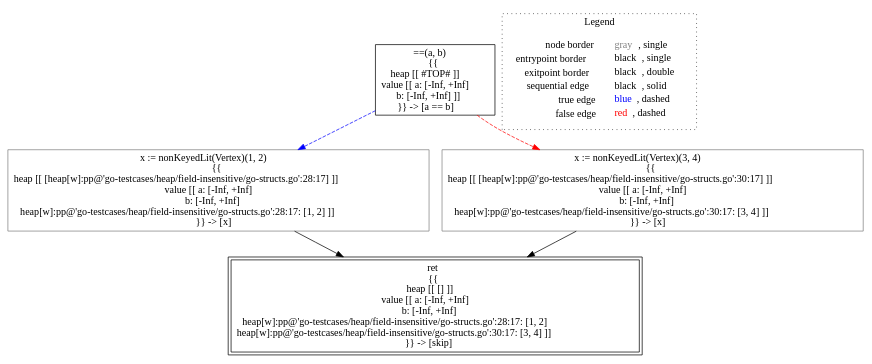
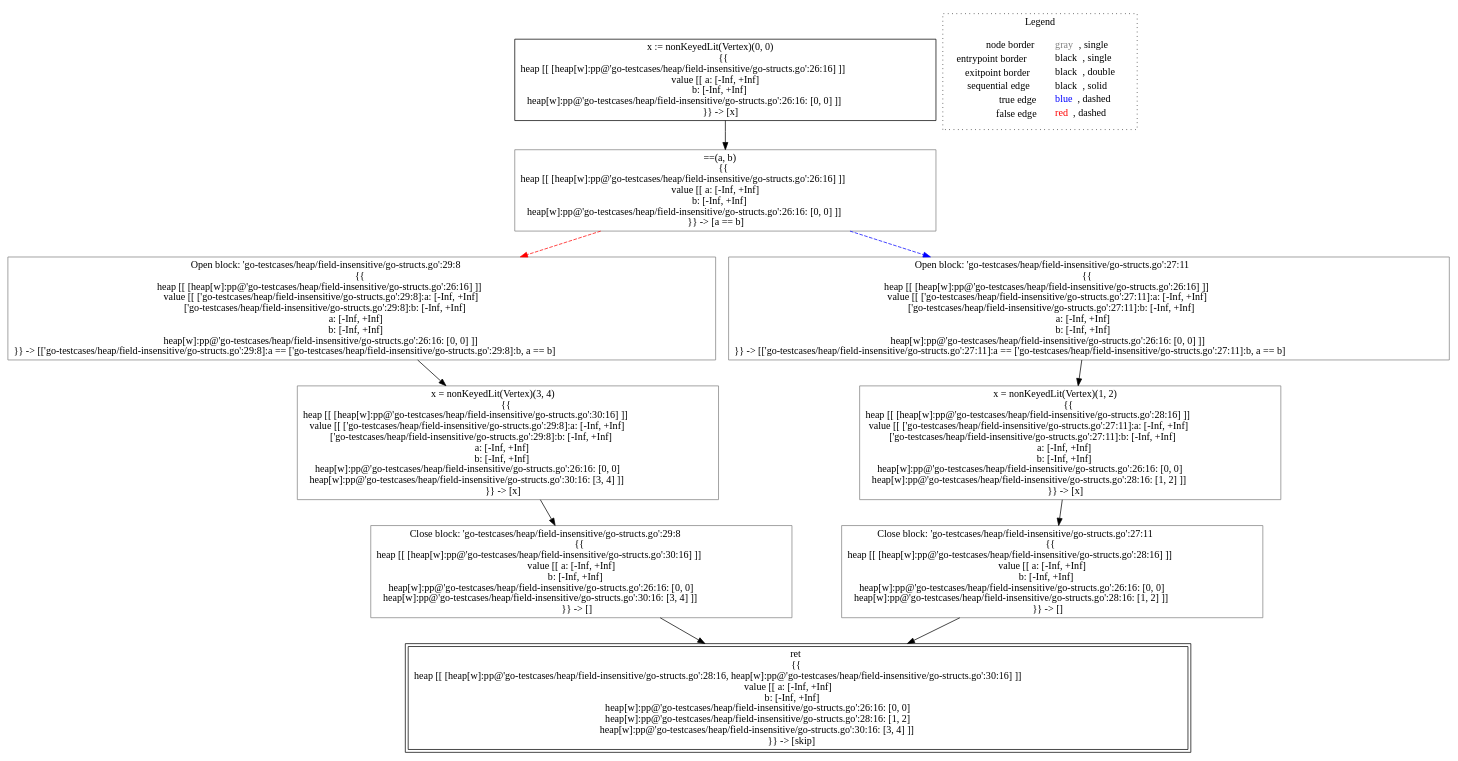
The diagram in go-lisa/go-testcases/heap/field-insensitive/analysis___untyped_~LiSAProgram.ifAlloc(int_a,_int_b).dot (lisa-analyzer/go-lisa), drawn with Graphviz before and after one commit. The commit also changed 69 other files, not shown here.

```diff
--- a/go-lisa/go-testcases/heap/field-insensitive/analysis___untyped_~LiSAProgram.ifAlloc(int_a,_int_b).dot
+++ b/go-lisa/go-testcases/heap/field-insensitive/analysis___untyped_~LiSAProgram.ifAlloc(int_a,_int_b).dot
@@ -1,17 +1,27 @@
 digraph {
-	"node0" [shape="rect",color="black",label=<==(a, b)<BR/>{{<BR/>heap [[ #TOP# ]]<BR/>value [[ a: [-Inf, +Inf]<BR/>b: [-Inf, +Inf] ]]<BR/>}} -&gt; [a == b]>];
-	"node1" [shape="rect",color="gray",label=<x := nonKeyedLit(Vertex)(1, 2)<BR/>{{<BR/>heap [[ [heap[w]:pp@'go-testcases/heap/field-insensitive/go-structs.go':28:17] ]]<BR/>value [[ a: [-Inf, +Inf]<BR/>b: [-Inf, +Inf]<BR/>heap[w]:pp@'go-testcases/heap/field-insensitive/go-structs.go':28:17: [1, 2] ]]<BR/>}} -&gt; [x]>];
-	"node2" [shape="rect",color="black",peripheries="2",label=<ret<BR/>{{<BR/>heap [[ [] ]]<BR/>value [[ a: [-Inf, +Inf]<BR/>b: [-Inf, +Inf]<BR/>heap[w]:pp@'go-testcases/heap/field-insensitive/go-structs.go':28:17: [1, 2]<BR/>heap[w]:pp@'go-testcases/heap/field-insensitive/go-structs.go':30:17: [3, 4] ]]<BR/>}} -&gt; [skip]>];
-	"node3" [shape="rect",color="gray",label=<x := nonKeyedLit(Vertex)(3, 4)<BR/>{{<BR/>heap [[ [heap[w]:pp@'go-testcases/heap/field-insensitive/go-structs.go':30:17] ]]<BR/>value [[ a: [-Inf, +Inf]<BR/>b: [-Inf, +Inf]<BR/>heap[w]:pp@'go-testcases/heap/field-insensitive/go-structs.go':30:17: [3, 4] ]]<BR/>}} -&gt; [x]>];
-	"node1" -> "node2" [color="black"];
-	"node0" -> "node1" [color="blue",style="dashed"];
-	"node0" -> "node3" [color="red",style="dashed"];
+	"node0" [shape="rect",color="black",label=<x := nonKeyedLit(Vertex)(0, 0)<BR/>{{<BR/>heap [[ [heap[w]:pp@'go-testcases/heap/field-insensitive/go-structs.go':26:16] ]]<BR/>value [[ a: [-Inf, +Inf]<BR/>b: [-Inf, +Inf]<BR/>heap[w]:pp@'go-testcases/heap/field-insensitive/go-structs.go':26:16: [0, 0] ]]<BR/>}} -&gt; [x]>];
+	"node1" [shape="rect",color="gray",label=<x = nonKeyedLit(Vertex)(1, 2)<BR/>{{<BR/>heap [[ [heap[w]:pp@'go-testcases/heap/field-insensitive/go-structs.go':28:16] ]]<BR/>value [[ ['go-testcases/heap/field-insensitive/go-structs.go':27:11]:a: [-Inf, +Inf]<BR/>['go-testcases/heap/field-insensitive/go-structs.go':27:11]:b: [-Inf, +Inf]<BR/>a: [-Inf, +Inf]<BR/>b: [-Inf, +Inf]<BR/>heap[w]:pp@'go-testcases/heap/field-insensitive/go-structs.go':26:16: [0, 0]<BR/>heap[w]:pp@'go-testcases/heap/field-insensitive/go-structs.go':28:16: [1, 2] ]]<BR/>}} -&gt; [x]>];
+	"node2" [shape="rect",color="gray",label=<x = nonKeyedLit(Vertex)(3, 4)<BR/>{{<BR/>heap [[ [heap[w]:pp@'go-testcases/heap/field-insensitive/go-structs.go':30:16] ]]<BR/>value [[ ['go-testcases/heap/field-insensitive/go-structs.go':29:8]:a: [-Inf, +Inf]<BR/>['go-testcases/heap/field-insensitive/go-structs.go':29:8]:b: [-Inf, +Inf]<BR/>a: [-Inf, +Inf]<BR/>b: [-Inf, +Inf]<BR/>heap[w]:pp@'go-testcases/heap/field-insensitive/go-structs.go':26:16: [0, 0]<BR/>heap[w]:pp@'go-testcases/heap/field-insensitive/go-structs.go':30:16: [3, 4] ]]<BR/>}} -&gt; [x]>];
+	"node3" [shape="rect",color="gray",label=<Open block: 'go-testcases/heap/field-insensitive/go-structs.go':29:8<BR/>{{<BR/>heap [[ [heap[w]:pp@'go-testcases/heap/field-insensitive/go-structs.go':26:16] ]]<BR/>value [[ ['go-testcases/heap/field-insensitive/go-structs.go':29:8]:a: [-Inf, +Inf]<BR/>['go-testcases/heap/field-insensitive/go-structs.go':29:8]:b: [-Inf, +Inf]<BR/>a: [-Inf, +Inf]<BR/>b: [-Inf, +Inf]<BR/>heap[w]:pp@'go-testcases/heap/field-insensitive/go-structs.go':26:16: [0, 0] ]]<BR/>}} -&gt; [['go-testcases/heap/field-insensitive/go-structs.go':29:8]:a == ['go-testcases/heap/field-insensitive/go-structs.go':29:8]:b, a == b]>];
+	"node4" [shape="rect",color="black",peripheries="2",label=<ret<BR/>{{<BR/>heap [[ [heap[w]:pp@'go-testcases/heap/field-insensitive/go-structs.go':28:16, heap[w]:pp@'go-testcases/heap/field-insensitive/go-structs.go':30:16] ]]<BR/>value [[ a: [-Inf, +Inf]<BR/>b: [-Inf, +Inf]<BR/>heap[w]:pp@'go-testcases/heap/field-insensitive/go-structs.go':26:16: [0, 0]<BR/>heap[w]:pp@'go-testcases/heap/field-insensitive/go-structs.go':28:16: [1, 2]<BR/>heap[w]:pp@'go-testcases/heap/field-insensitive/go-structs.go':30:16: [3, 4] ]]<BR/>}} -&gt; [skip]>];
+	"node5" [shape="rect",color="gray",label=<Open block: 'go-testcases/heap/field-insensitive/go-structs.go':27:11<BR/>{{<BR/>heap [[ [heap[w]:pp@'go-testcases/heap/field-insensitive/go-structs.go':26:16] ]]<BR/>value [[ ['go-testcases/heap/field-insensitive/go-structs.go':27:11]:a: [-Inf, +Inf]<BR/>['go-testcases/heap/field-insensitive/go-structs.go':27:11]:b: [-Inf, +Inf]<BR/>a: [-Inf, +Inf]<BR/>b: [-Inf, +Inf]<BR/>heap[w]:pp@'go-testcases/heap/field-insensitive/go-structs.go':26:16: [0, 0] ]]<BR/>}} -&gt; [['go-testcases/heap/field-insensitive/go-structs.go':27:11]:a == ['go-testcases/heap/field-insensitive/go-structs.go':27:11]:b, a == b]>];
+	"node6" [shape="rect",color="gray",label=<Close block: 'go-testcases/heap/field-insensitive/go-structs.go':29:8<BR/>{{<BR/>heap [[ [heap[w]:pp@'go-testcases/heap/field-insensitive/go-structs.go':30:16] ]]<BR/>value [[ a: [-Inf, +Inf]<BR/>b: [-Inf, +Inf]<BR/>heap[w]:pp@'go-testcases/heap/field-insensitive/go-structs.go':26:16: [0, 0]<BR/>heap[w]:pp@'go-testcases/heap/field-insensitive/go-structs.go':30:16: [3, 4] ]]<BR/>}} -&gt; []>];
+	"node7" [shape="rect",color="gray",label=<==(a, b)<BR/>{{<BR/>heap [[ [heap[w]:pp@'go-testcases/heap/field-insensitive/go-structs.go':26:16] ]]<BR/>value [[ a: [-Inf, +Inf]<BR/>b: [-Inf, +Inf]<BR/>heap[w]:pp@'go-testcases/heap/field-insensitive/go-structs.go':26:16: [0, 0] ]]<BR/>}} -&gt; [a == b]>];
+	"node8" [shape="rect",color="gray",label=<Close block: 'go-testcases/heap/field-insensitive/go-structs.go':27:11<BR/>{{<BR/>heap [[ [heap[w]:pp@'go-testcases/heap/field-insensitive/go-structs.go':28:16] ]]<BR/>value [[ a: [-Inf, +Inf]<BR/>b: [-Inf, +Inf]<BR/>heap[w]:pp@'go-testcases/heap/field-insensitive/go-structs.go':26:16: [0, 0]<BR/>heap[w]:pp@'go-testcases/heap/field-insensitive/go-structs.go':28:16: [1, 2] ]]<BR/>}} -&gt; []>];
+	"node1" -> "node8" [color="black"];
+	"node2" -> "node6" [color="black"];
+	"node0" -> "node7" [color="black"];
 	"node3" -> "node2" [color="black"];
+	"node5" -> "node1" [color="black"];
+	"node6" -> "node4" [color="black"];
+	"node7" -> "node3" [color="red",style="dashed"];
+	"node7" -> "node5" [color="blue",style="dashed"];
+	"node8" -> "node4" [color="black"];
 subgraph cluster_legend {
 	label="Legend";
 	style=dotted;
 	node [shape=plaintext];
 	"legend" [label=<<table border="0" cellpadding="2" cellspacing="0" cellborder="0"><tr><td align="right">node border&nbsp;</td><td align="left"><font color="gray">gray</font>, single</td></tr><tr><td align="right">entrypoint border&nbsp;</td><td align="left"><font color="black">black</font>, single</td></tr><tr><td align="right">exitpoint border&nbsp;</td><td align="left"><font color="black">black</font>, double</td></tr><tr><td align="right">sequential edge&nbsp;</td><td align="left"><font color="black">black</font>, solid</td></tr><tr><td align="right">true edge&nbsp;</td><td align="left"><font color="blue">blue</font>, dashed</td></tr><tr><td align="right">false edge&nbsp;</td><td align="left"><font color="red">red</font>, dashed</td></tr></table>>];
 }
 
 }
```
